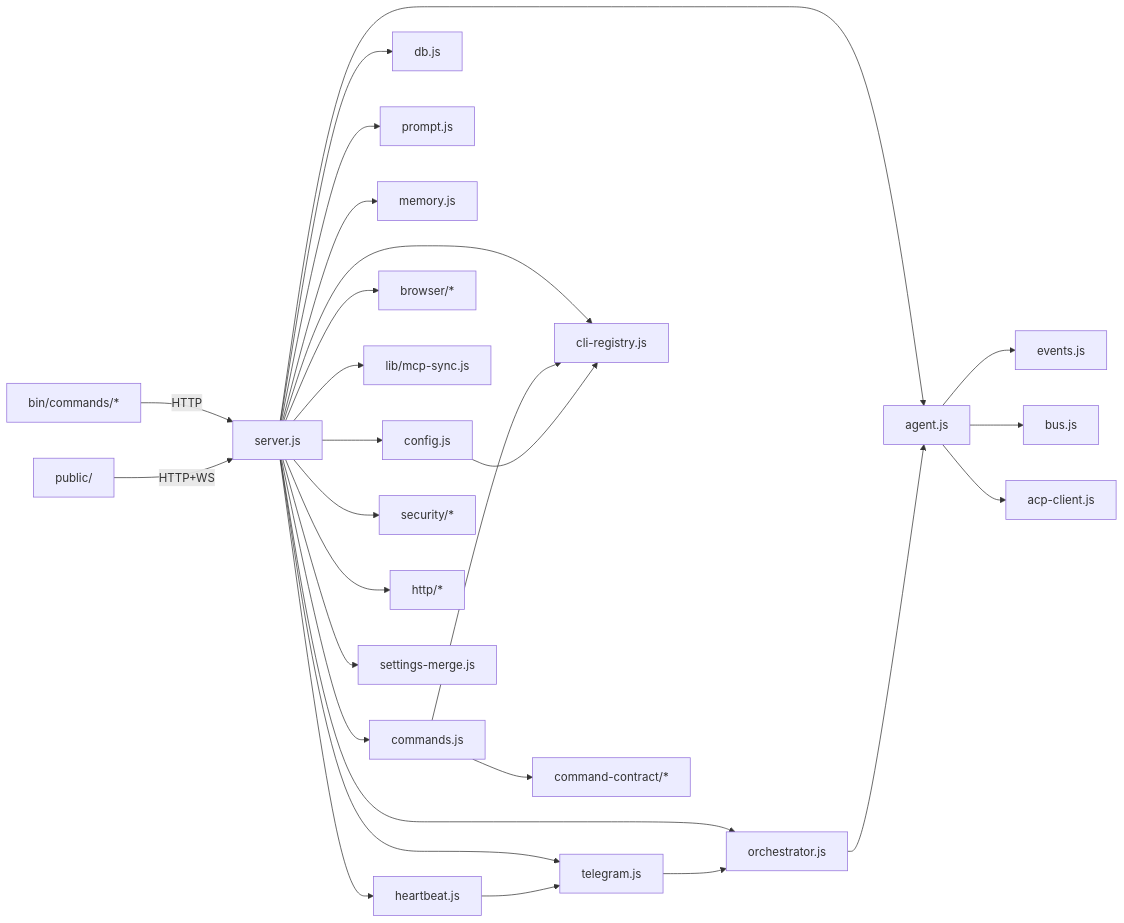
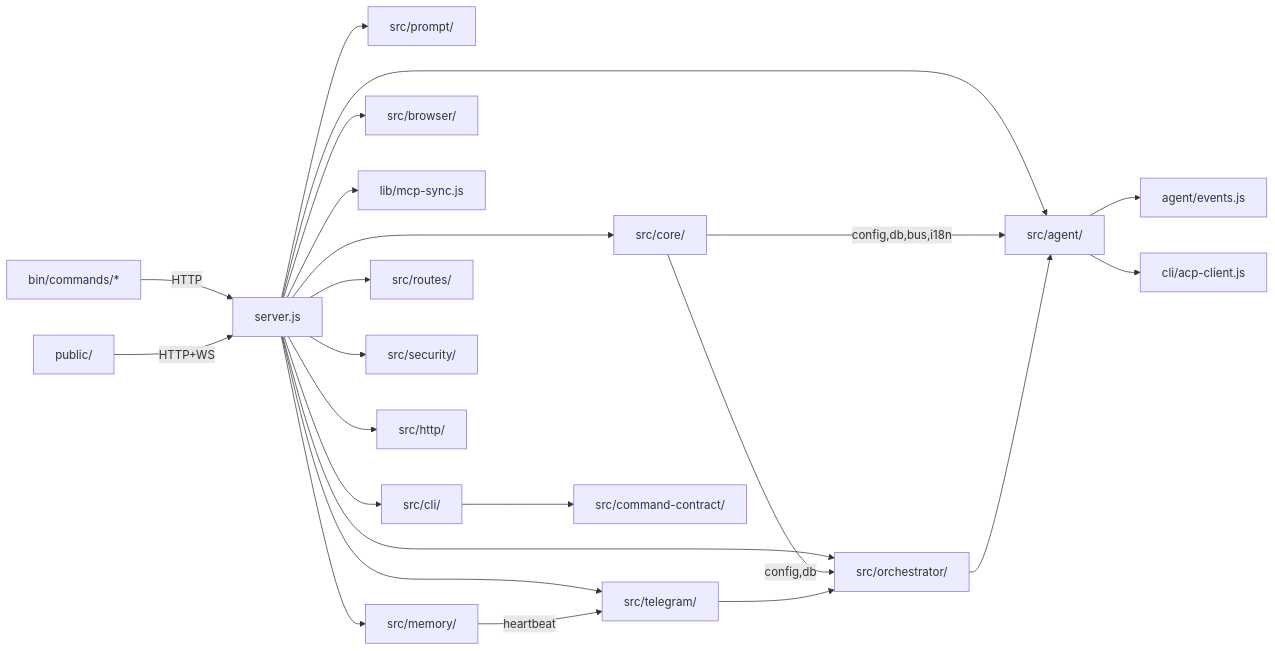
The diagram in devlog/str_func.md (lidge-jun/cli-jaw), drawn with Mermaid before and after one commit. The commit also changed other lines of this file and 5 other files, not shown here.

````diff
--- a/devlog/str_func.md
+++ b/devlog/str_func.md
@@ -138,29 +150,25 @@
 ```mermaid
 graph LR
     CLI["bin/commands/*"] -->|HTTP| SRV["server.js"]
     WEB["public/"] -->|HTTP+WS| SRV
-    SRV --> CFG["config.js"]
-    SRV --> DB["db.js"]
-    SRV --> AGT["agent.js"]
-    SRV --> ORC["orchestrator.js"]
-    SRV --> PRM["prompt.js"]
-    SRV --> MEM["memory.js"]
-    SRV --> TG["telegram.js"]
-    SRV --> HB["heartbeat.js"]
-    SRV --> BR["browser/*"]
+    SRV --> CORE["src/core/"]
+    SRV --> AGT["src/agent/"]
+    SRV --> ORC["src/orchestrator/"]
+    SRV --> PRM["src/prompt/"]
+    SRV --> MEM["src/memory/"]
+    SRV --> TG["src/telegram/"]
+    SRV --> BR["src/browser/"]
     SRV --> MCP["lib/mcp-sync.js"]
-    SRV --> CMD["commands.js"]
-    SRV --> REG["cli-registry.js"]
-    SRV --> SEC["security/*"]
-    SRV --> HTTP["http/*"]
-    SRV --> SM["settings-merge.js"]
-    CMD --> REG
-    CMD --> CC["command-contract/*"]
-    CFG --> REG
-    AGT --> EVT["events.js"]
-    AGT --> BUS["bus.js"]
-    AGT --> ACP["acp-client.js"]
+    SRV --> CMD["src/cli/"]
+    SRV --> RT["src/routes/"]
+    SRV --> SEC["src/security/"]
+    SRV --> HTTP["src/http/"]
+    CMD --> CC["src/command-contract/"]
+    CORE --> |config,db,bus,i18n| AGT
+    CORE --> |config,db| ORC
+    AGT --> EVT["agent/events.js"]
+    AGT --> ACP["cli/acp-client.js"]
     ORC --> AGT
     TG --> ORC
-    HB --> TG
+    MEM --> |heartbeat| TG
 ```
````
